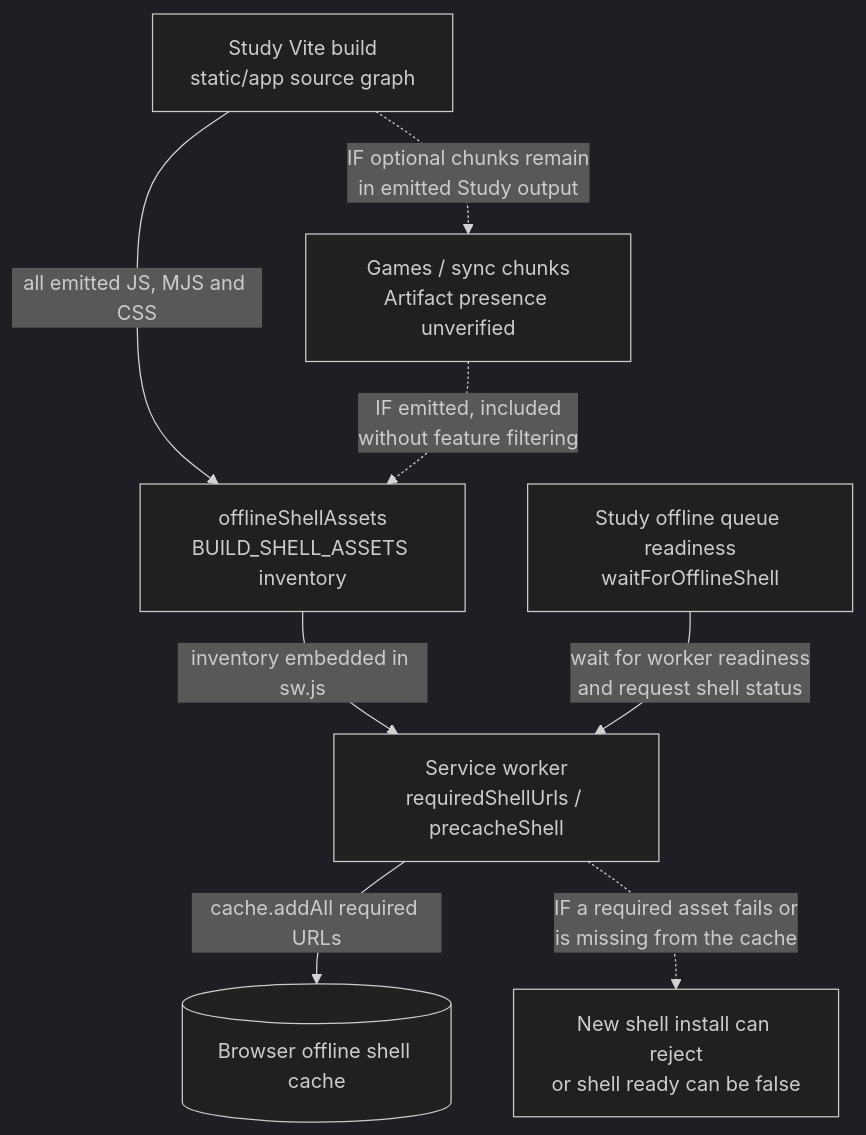
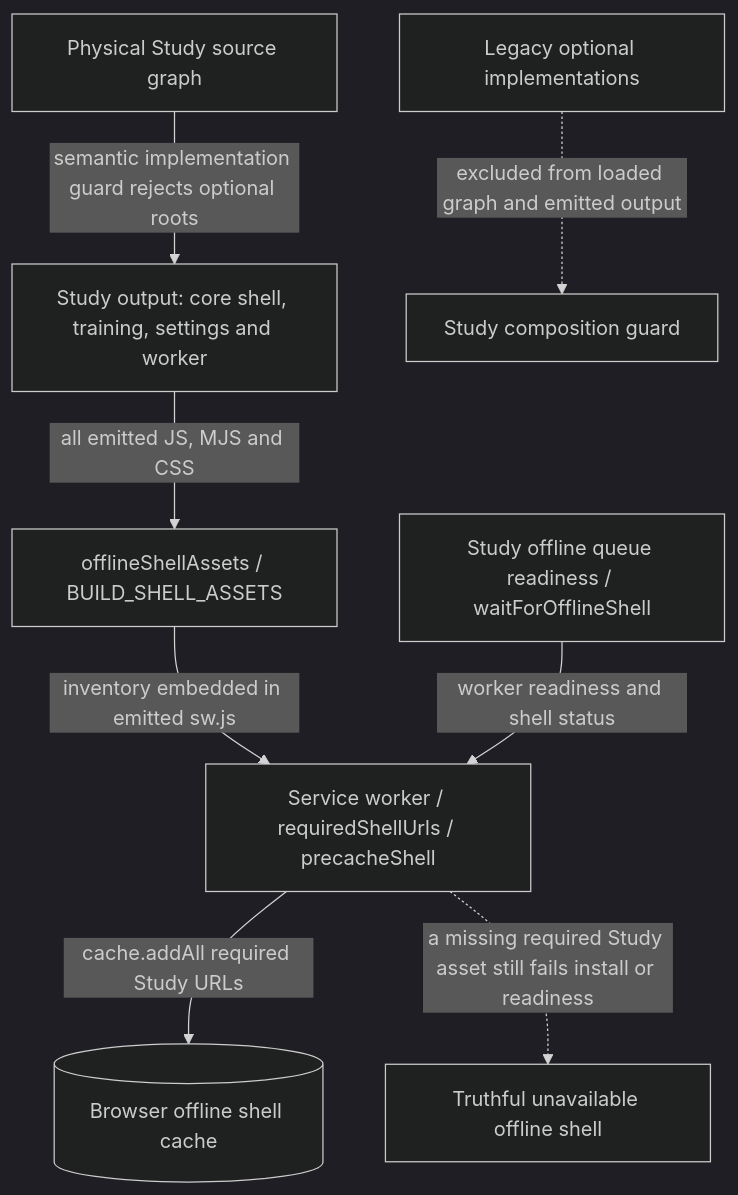
One commit to aaweaver-actuary/tempo changed the second of 4 diagrams in docs/architecture/diagrams/study-games.md. Above: the diagram before and after it, drawn with Mermaid (dark theme). The commit also changed other lines of this file and 4 other files, not shown here.

Commit message:
Document qualified Study composition and retain legacy safety fixtures

````diff
--- a/docs/architecture/diagrams/study-games.md
+++ b/docs/architecture/diagrams/study-games.md
@@ -77,10 +74,10 @@
 ```mermaid
 flowchart TB
-  Build["Study Vite build<br/>static/app source graph"] -->|"all emitted JS, MJS and CSS"| Inventory["offlineShellAssets<br/>BUILD_SHELL_ASSETS inventory"]
-  Build -.->|"IF optional chunks remain<br/>in emitted Study output"| Optional["Games / sync chunks<br/>Artifact presence unverified"]
-  Optional -.->|"IF emitted, included<br/>without feature filtering"| Inventory
-  Inventory -->|"inventory embedded in sw.js"| SW["Service worker<br/>requiredShellUrls / precacheShell"]
-  SW -->|"cache.addAll required URLs"| Cache[("Browser offline shell cache")]
-  Ready["Study offline queue readiness<br/>waitForOfflineShell"] -->|"wait for worker readiness<br/>and request shell status"| SW
-  SW -.->|"IF a required asset fails or<br/>is missing from the cache"| Failure["New shell install can reject<br/>or shell ready can be false"]
+  Build["Physical Study source graph"] -->|"semantic implementation guard rejects optional roots"| Output["Study output: core shell, training, settings and worker"]
+  Legacy["Legacy optional implementations"] -.->|"excluded from loaded graph and emitted output"| Guard["Study composition guard"]
+  Output -->|"all emitted JS, MJS and CSS"| Inventory["offlineShellAssets / BUILD_SHELL_ASSETS"]
+  Inventory -->|"inventory embedded in emitted sw.js"| SW["Service worker / requiredShellUrls / precacheShell"]
+  SW -->|"cache.addAll required Study URLs"| Cache[("Browser offline shell cache")]
+  Ready["Study offline queue readiness / waitForOfflineShell"] -->|"worker readiness and shell status"| SW
+  SW -.->|"a missing required Study asset still fails install or readiness"| Failure["Truthful unavailable offline shell"]
 ```
````
